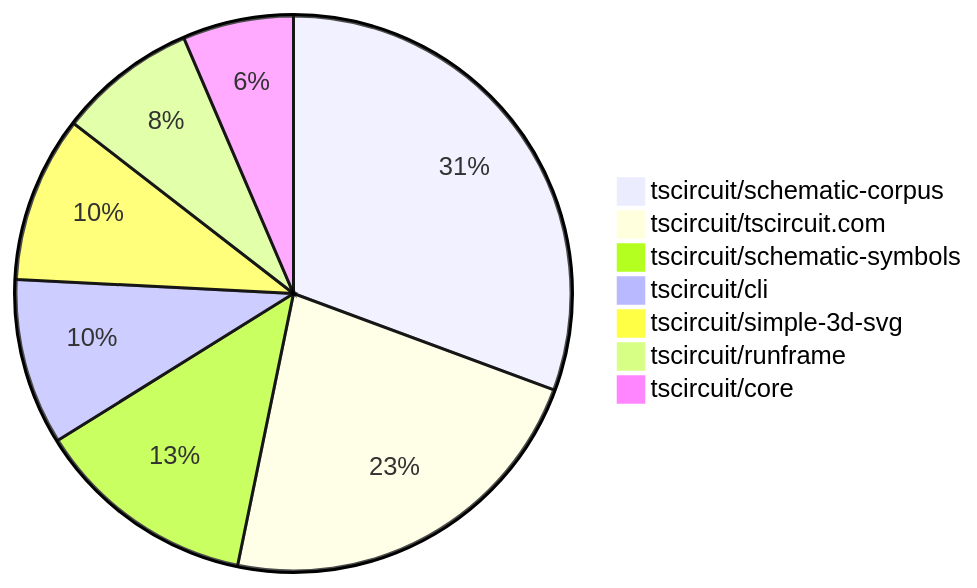
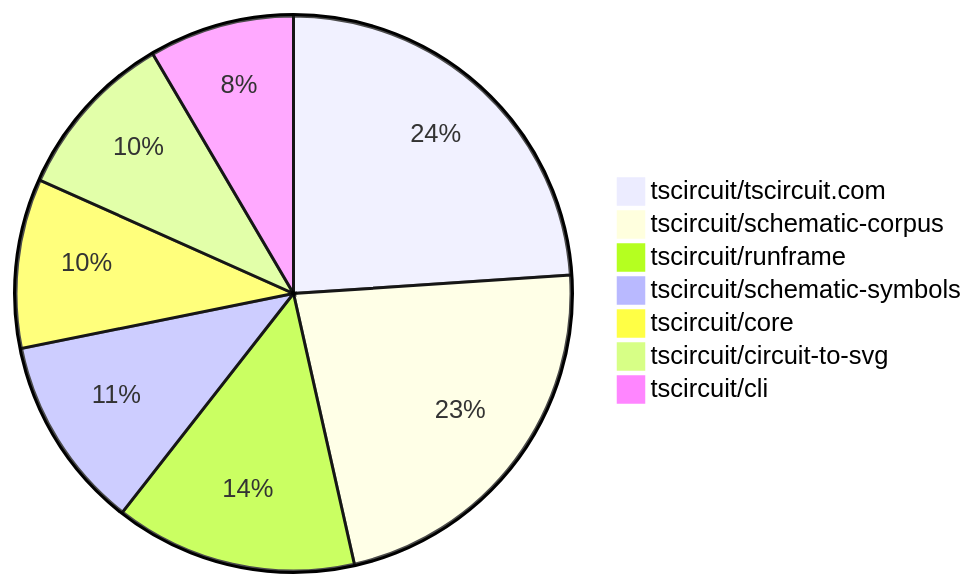
Before and after one commit to tscircuit/contribution-tracker: the second of 2 diagrams in README.md, drawn with Mermaid. The commit also changed other lines of this file and 3 other files, not shown here.

````diff
--- a/README.md
+++ b/README.md
@@ -99,10 +102,10 @@
 ```mermaid
 pie
-    "tscircuit/schematic-corpus" : 19
-    "tscircuit/tscircuit.com" : 14
+    "tscircuit/tscircuit.com" : 17
+    "tscircuit/schematic-corpus" : 16
+    "tscircuit/runframe" : 10
     "tscircuit/schematic-symbols" : 8
+    "tscircuit/core" : 7
+    "tscircuit/circuit-to-svg" : 7
     "tscircuit/cli" : 6
-    "tscircuit/simple-3d-svg" : 6
-    "tscircuit/runframe" : 5
-    "tscircuit/core" : 4
 ```
````
